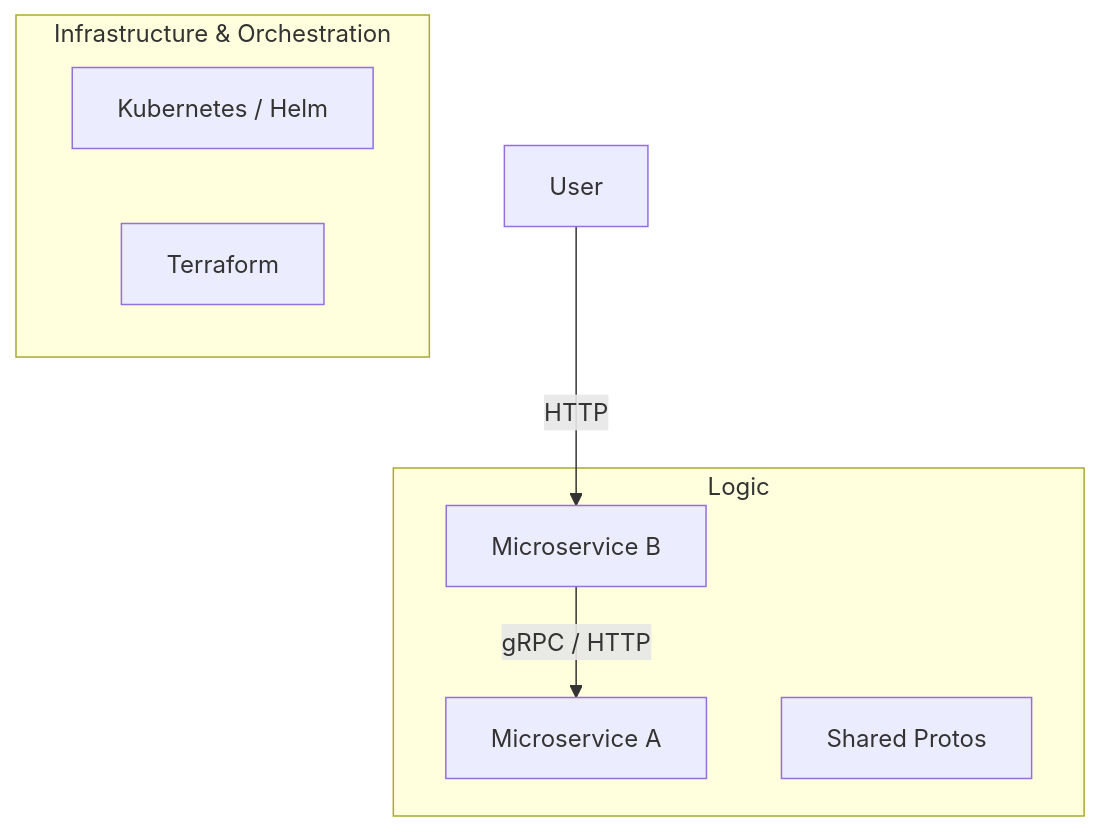
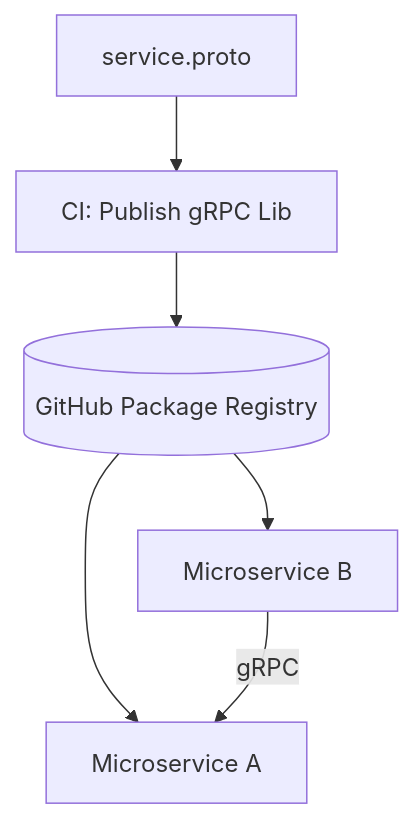
The diagram in README.md (cdesplanches-orka/devops-agentic-ai), drawn with Mermaid before and after one commit. The commit also changed other lines of this file and 1 other file, not shown here.

Commit message:
docs: update all READMEs to reflect Level 3 architecture

````diff
--- a/README.md
+++ b/README.md
@@ -32,16 +15,8 @@
 ```mermaid
 graph TD
-    User -->|HTTP| B[Microservice B]
-    B -->|gRPC / HTTP| A[Microservice A]
-    
-    subgraph "Infrastructure & Orchestration"
-        K8S[Kubernetes / Helm]
-        TF[Terraform]
-    end
-    
-    subgraph "Logic"
-        A
-        B
-        PROTOS[Shared Protos]
-    end
+    Proto[service.proto] --> CI_P[CI: Publish gRPC Lib]
+    CI_P --> Registry[(GitHub Package Registry)]
+    Registry --> MSA[Microservice A]
+    Registry --> MSB[Microservice B]
+    MSB -- gRPC --> MSA
 ```
````
